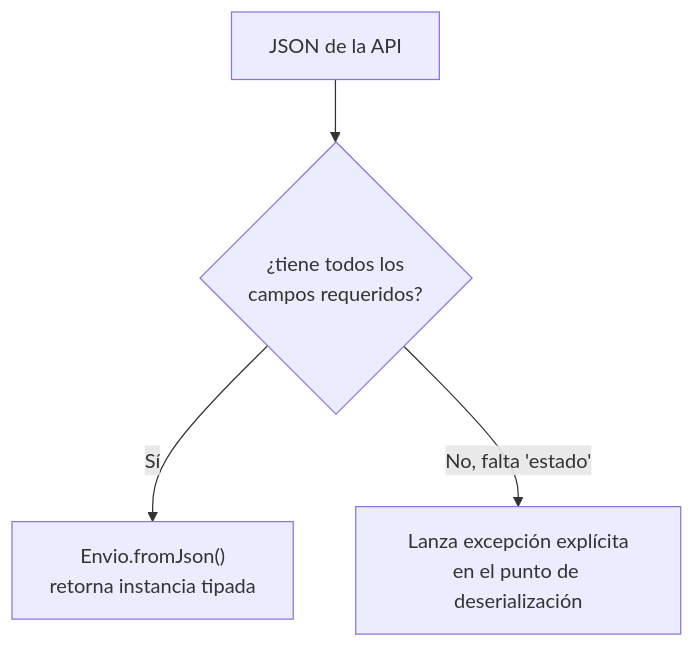
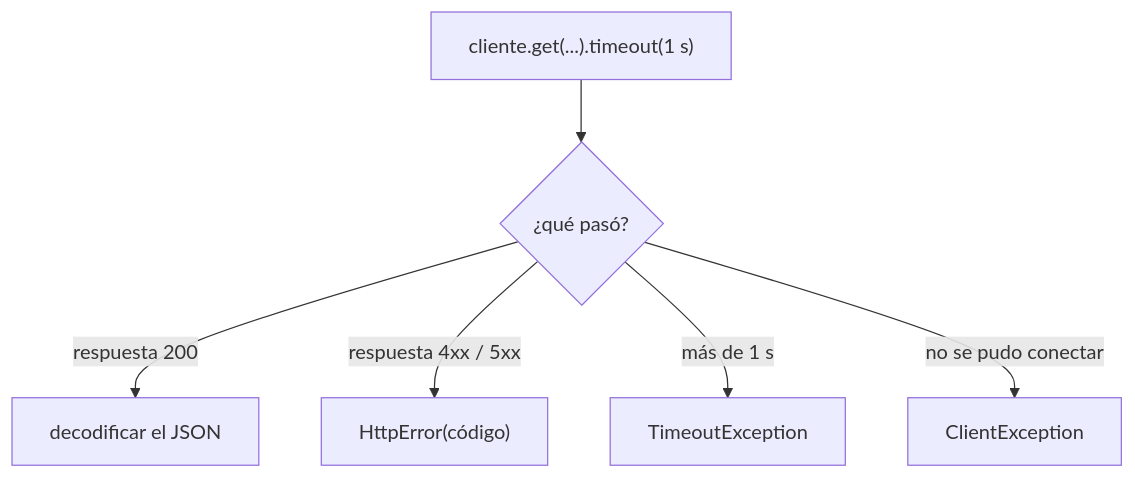
The first of 5 diagrams in web/public/content/flutter/modulo-5.md (NICORUIZ93/The_Imperial_Book), drawn with Mermaid before and after one commit. The commit also changed other lines of this file and 4 other files, not shown here.

````diff
--- a/web/public/content/flutter/modulo-5.md
+++ b/web/public/content/flutter/modulo-5.md
@@ -125,6 +209,8 @@
 ```mermaid
 flowchart TD
-    A["JSON de la API"] --> B{"¿tiene todos los\ncampos requeridos?"}
-    B -->|Sí| C["Envio.fromJson()\nretorna instancia tipada"]
-    B -->|No, falta 'estado'| D["Lanza excepción explícita\nen el punto de deserialización"]
+    G["cliente.get(...).timeout(1 s)"] --> A{"¿qué pasó?"}
+    A -->|"respuesta 200"| D["decodificar el JSON"]
+    A -->|"respuesta 4xx / 5xx"| E["HttpError(código)"]
+    A -->|"más de 1 s"| T["TimeoutException"]
+    A -->|"no se pudo conectar"| C["ClientException"]
 ```
````
